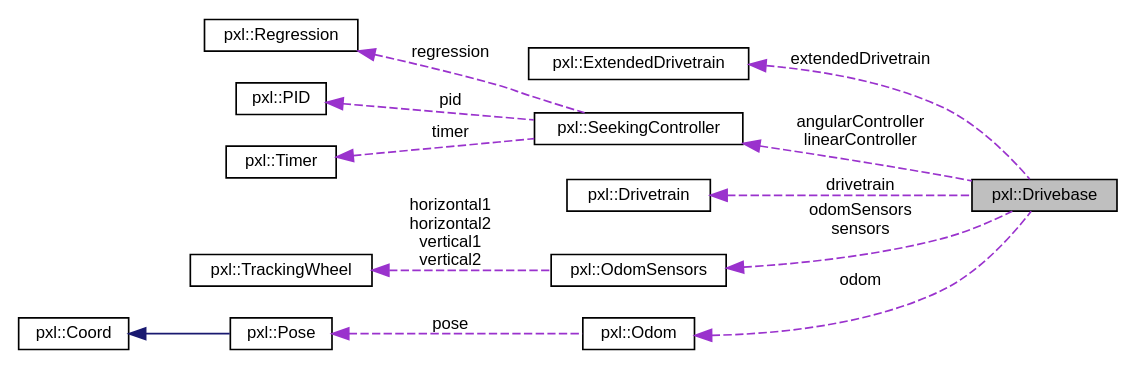
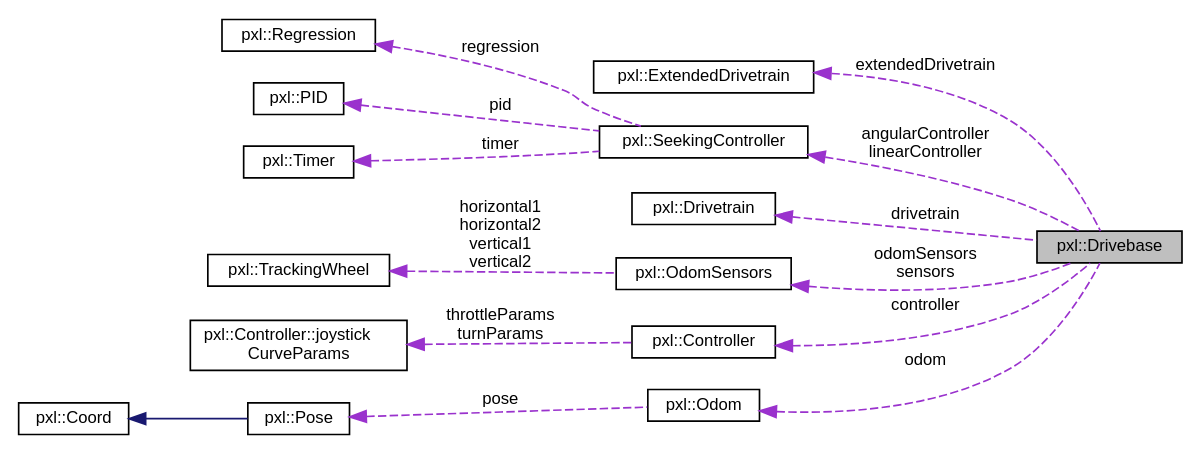
Before and after one commit to Pixel-Lib/Pixel: the diagram in classpxl_1_1Drivebase__coll__graph.dot, drawn with Graphviz. The commit also changed 232 other files, not shown here.

```diff
--- a/classpxl_1_1Drivebase__coll__graph.dot
+++ b/classpxl_1_1Drivebase__coll__graph.dot
@@ -1,30 +1,34 @@
 digraph "pxl::Drivebase"
 {
  // LATEX_PDF_SIZE
   edge [fontname="Helvetica",fontsize="10",labelfontname="Helvetica",labelfontsize="10"];
   node [fontname="Helvetica",fontsize="10",shape=record];
   rankdir="LR";
   Node1 [label="pxl::Drivebase",height=0.2,width=0.4,color="black", fillcolor="grey75", style="filled", fontcolor="black",tooltip="The Drivebase class represents the base of a robot's drivetrain."];
   Node2 -> Node1 [dir="back",color="darkorchid3",fontsize="10",style="dashed",label=" extendedDrivetrain" ,fontname="Helvetica"];
   Node2 [label="pxl::ExtendedDrivetrain",height=0.2,width=0.4,color="black", fillcolor="white", style="filled",URL="$classpxl_1_1ExtendedDrivetrain.html",tooltip=" "];
   Node3 -> Node1 [dir="back",color="darkorchid3",fontsize="10",style="dashed",label=" angularController\nlinearController" ,fontname="Helvetica"];
   Node3 [label="pxl::SeekingController",height=0.2,width=0.4,color="black", fillcolor="white", style="filled",URL="$classpxl_1_1SeekingController.html",tooltip="The SeekingController class represents a controller used for seeking a target value."];
   Node4 -> Node3 [dir="back",color="darkorchid3",fontsize="10",style="dashed",label=" regression" ,fontname="Helvetica"];
   Node4 [label="pxl::Regression",height=0.2,width=0.4,color="black", fillcolor="white", style="filled",URL="$classpxl_1_1Regression.html",tooltip="A class that performs regression analysis on a set of points."];
   Node5 -> Node3 [dir="back",color="darkorchid3",fontsize="10",style="dashed",label=" pid" ,fontname="Helvetica"];
   Node5 [label="pxl::PID",height=0.2,width=0.4,color="black", fillcolor="white", style="filled",URL="$classpxl_1_1PID.html",tooltip="A class representing a Proportional-Integral-Derivative (PID) controller."];
   Node6 -> Node3 [dir="back",color="darkorchid3",fontsize="10",style="dashed",label=" timer" ,fontname="Helvetica"];
   Node6 [label="pxl::Timer",height=0.2,width=0.4,color="black", fillcolor="white", style="filled",URL="$classpxl_1_1Timer.html",tooltip=" "];
   Node7 -> Node1 [dir="back",color="darkorchid3",fontsize="10",style="dashed",label=" drivetrain" ,fontname="Helvetica"];
   Node7 [label="pxl::Drivetrain",height=0.2,width=0.4,color="black", fillcolor="white", style="filled",URL="$classpxl_1_1Drivetrain.html",tooltip="Represents a drivetrain for a robot."];
   Node8 -> Node1 [dir="back",color="darkorchid3",fontsize="10",style="dashed",label=" odomSensors\nsensors" ,fontname="Helvetica"];
   Node8 [label="pxl::OdomSensors",height=0.2,width=0.4,color="black", fillcolor="white", style="filled",URL="$structpxl_1_1OdomSensors.html",tooltip=" "];
   Node9 -> Node8 [dir="back",color="darkorchid3",fontsize="10",style="dashed",label=" horizontal1\nhorizontal2\nvertical1\nvertical2" ,fontname="Helvetica"];
   Node9 [label="pxl::TrackingWheel",height=0.2,width=0.4,color="black", fillcolor="white", style="filled",URL="$classpxl_1_1TrackingWheel.html",tooltip="Represents a tracking wheel used for measuring distance traveled by a robot."];
-  Node10 -> Node1 [dir="back",color="darkorchid3",fontsize="10",style="dashed",label=" odom" ,fontname="Helvetica"];
-  Node10 [label="pxl::Odom",height=0.2,width=0.4,color="black", fillcolor="white", style="filled",URL="$classpxl_1_1Odom.html",tooltip="The Odom class represents an odometry system that tracks the robot's position and orientation."];
-  Node11 -> Node10 [dir="back",color="darkorchid3",fontsize="10",style="dashed",label=" pose" ,fontname="Helvetica"];
-  Node11 [label="pxl::Pose",height=0.2,width=0.4,color="black", fillcolor="white", style="filled",URL="$classpxl_1_1Pose.html",tooltip="The Pose class contains classes and functions related to (x, y, theta) coordinates."];
-  Node12 -> Node11 [dir="back",color="midnightblue",fontsize="10",style="solid",fontname="Helvetica"];
-  Node12 [label="pxl::Coord",height=0.2,width=0.4,color="black", fillcolor="white", style="filled",URL="$classpxl_1_1Coord.html",tooltip="Represents a coordinate in 2D space."];
+  Node10 -> Node1 [dir="back",color="darkorchid3",fontsize="10",style="dashed",label=" controller" ,fontname="Helvetica"];
+  Node10 [label="pxl::Controller",height=0.2,width=0.4,color="black", fillcolor="white", style="filled",URL="$classpxl_1_1Controller.html",tooltip=" "];
+  Node11 -> Node10 [dir="back",color="darkorchid3",fontsize="10",style="dashed",label=" throttleParams\nturnParams" ,fontname="Helvetica"];
+  Node11 [label="pxl::Controller::joystick\lCurveParams",height=0.2,width=0.4,color="black", fillcolor="white", style="filled",URL="$structpxl_1_1Controller_1_1joystickCurveParams.html",tooltip=" "];
+  Node12 -> Node1 [dir="back",color="darkorchid3",fontsize="10",style="dashed",label=" odom" ,fontname="Helvetica"];
+  Node12 [label="pxl::Odom",height=0.2,width=0.4,color="black", fillcolor="white", style="filled",URL="$classpxl_1_1Odom.html",tooltip="The Odom class represents an odometry system that tracks the robot's position and orientation."];
+  Node13 -> Node12 [dir="back",color="darkorchid3",fontsize="10",style="dashed",label=" pose" ,fontname="Helvetica"];
+  Node13 [label="pxl::Pose",height=0.2,width=0.4,color="black", fillcolor="white", style="filled",URL="$classpxl_1_1Pose.html",tooltip="The Pose class contains classes and functions related to (x, y, theta) coordinates."];
+  Node14 -> Node13 [dir="back",color="midnightblue",fontsize="10",style="solid",fontname="Helvetica"];
+  Node14 [label="pxl::Coord",height=0.2,width=0.4,color="black", fillcolor="white", style="filled",URL="$classpxl_1_1Coord.html",tooltip="Represents a coordinate in 2D space."];
 }
```
